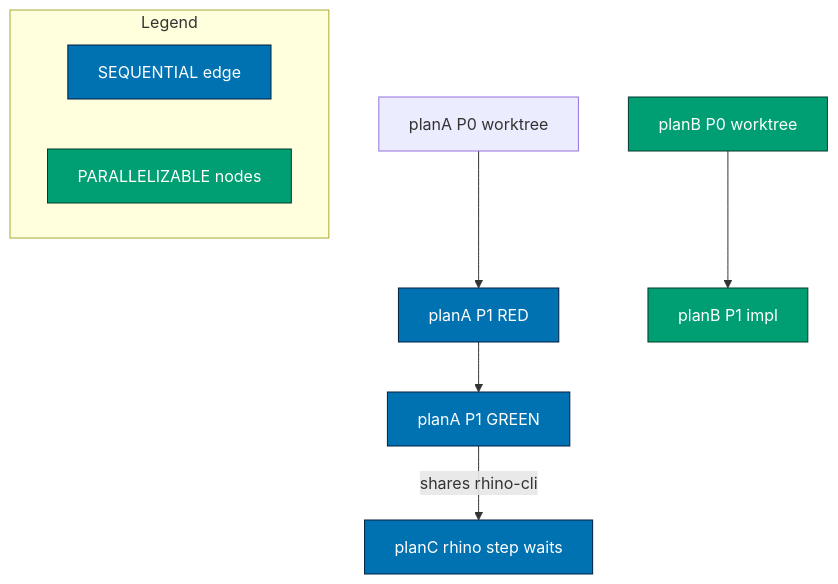
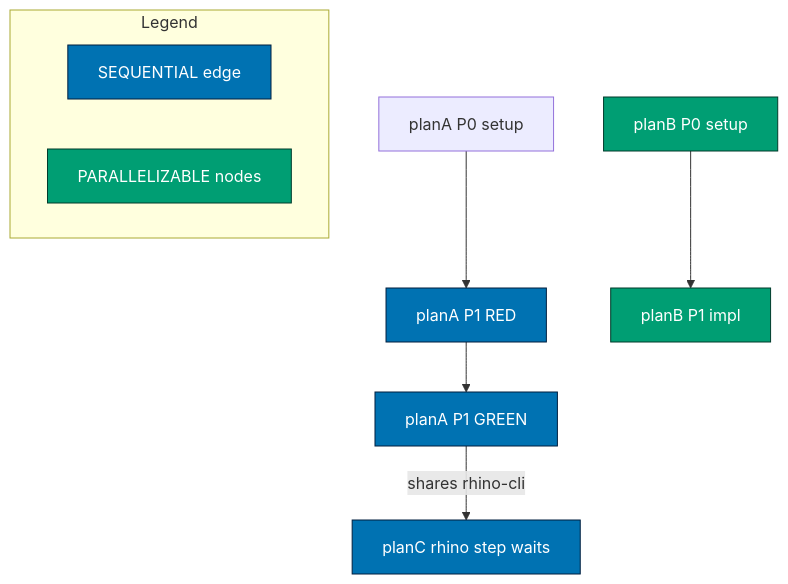
The diagram in repo-governance/workflows/plan/multi-plans-execution/phase-a-edges-report-and-diagram.md (wahidyankf/open-sharia-fintech), drawn with Mermaid before and after one commit. The commit also changed other lines of this file and 29 other files, not shown here.

````diff
--- a/repo-governance/workflows/plan/multi-plans-execution/phase-a-edges-report-and-diagram.md
+++ b/repo-governance/workflows/plan/multi-plans-execution/phase-a-edges-report-and-diagram.md
@@ -48,13 +48,13 @@
 ```mermaid
 flowchart TD
   subgraph Legend
     L1[SEQUENTIAL edge]:::seq
     L2[PARALLELIZABLE nodes]:::par
   end
-  A0[planA P0 worktree] --> A1[planA P1 RED]:::seq
+  A0[planA P0 setup] --> A1[planA P1 RED]:::seq
   A1 --> A2[planA P1 GREEN]:::seq
-  B0[planB P0 worktree]:::par --> B1[planB P1 impl]:::par
+  B0[planB P0 setup]:::par --> B1[planB P1 impl]:::par
   A2 -->|shares rhino-cli| C1[planC rhino step waits]:::seq
   classDef seq fill:#0072B2,stroke:#001f3f,color:#ffffff
   classDef par fill:#009E73,stroke:#003b2b,color:#ffffff
 ```
````
